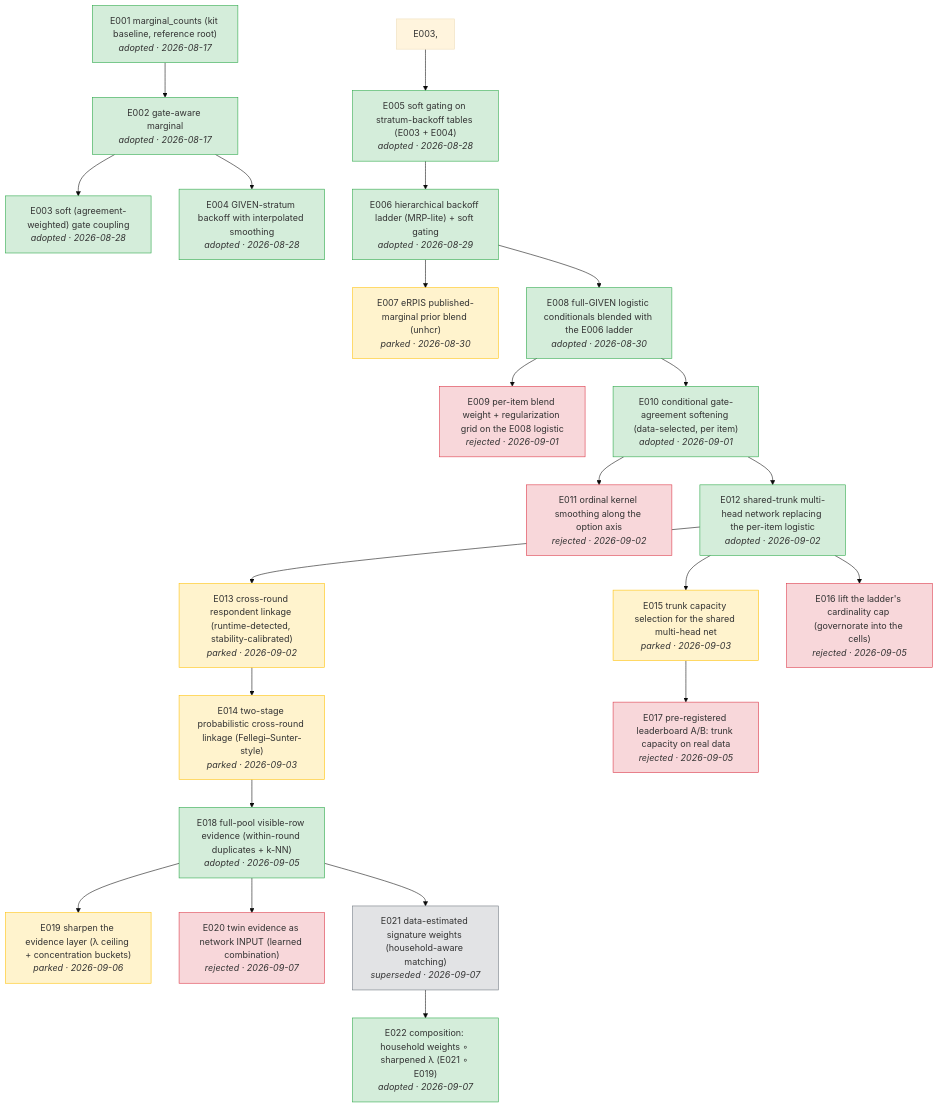
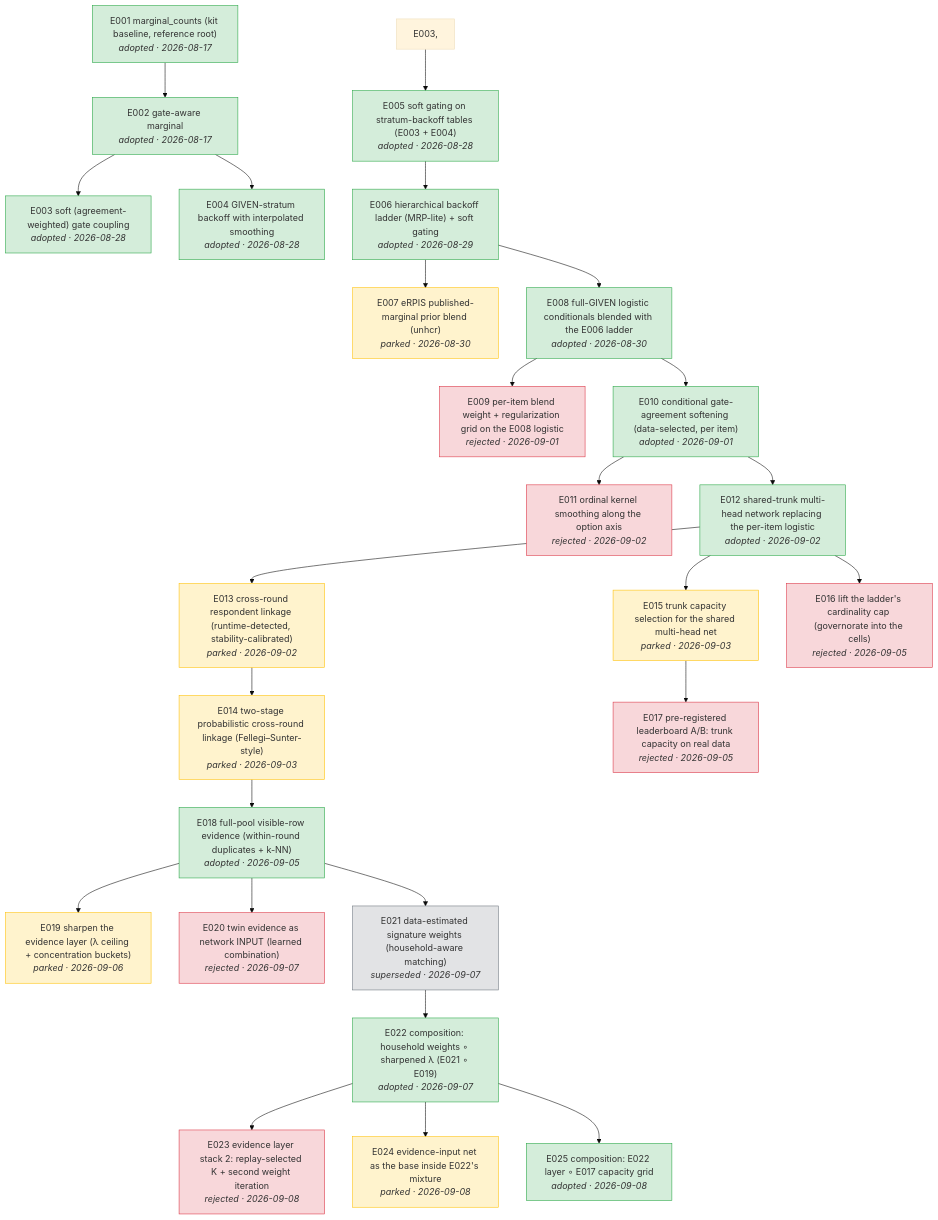
Before and after one commit to joon56/Simulacrabench-NeurIPS-2026-: the diagram in docs/tree.md, drawn with Mermaid (base theme). The commit also changed 9 other files, not shown here.

First line of the commit message:
E024: parked (clean-sandbox harm, no sim upside); E025: E022 layer o E017 capacity grid, submission #13

````diff
--- a/docs/tree.md
+++ b/docs/tree.md
@@ -5,54 +5,60 @@
 ```mermaid
 flowchart TD
     E001["E001 marginal_counts (kit baseline, reference root)<br/><i>adopted · 2026-08-17</i>"]
     E002["E002 gate-aware marginal<br/><i>adopted · 2026-08-17</i>"]
     E001 --> E002
     E003["E003 soft (agreement-weighted) gate coupling<br/><i>adopted · 2026-08-28</i>"]
     E002 --> E003
     E004["E004 GIVEN-stratum backoff with interpolated smoothing<br/><i>adopted · 2026-08-28</i>"]
     E002 --> E004
     E005["E005 soft gating on stratum-backoff tables (E003 + E004)<br/><i>adopted · 2026-08-28</i>"]
     E003, --> E005
     E006["E006 hierarchical backoff ladder (MRP-lite) + soft gating<br/><i>adopted · 2026-08-29</i>"]
     E005 --> E006
     E007["E007 eRPIS published-marginal prior blend (unhcr)<br/><i>parked · 2026-08-30</i>"]
     E006 --> E007
     E008["E008 full-GIVEN logistic conditionals blended with the E006 ladder<br/><i>adopted · 2026-08-30</i>"]
     E006 --> E008
     E009["E009 per-item blend weight + regularization grid on the E008 logistic<br/><i>rejected · 2026-09-01</i>"]
     E008 --> E009
     E010["E010 conditional gate-agreement softening (data-selected, per item)<br/><i>adopted · 2026-09-01</i>"]
     E008 --> E010
     E011["E011 ordinal kernel smoothing along the option axis<br/><i>rejected · 2026-09-02</i>"]
     E010 --> E011
     E012["E012 shared-trunk multi-head network replacing the per-item logistic<br/><i>adopted · 2026-09-02</i>"]
     E010 --> E012
     E013["E013 cross-round respondent linkage (runtime-detected, stability-calibrated)<br/><i>parked · 2026-09-02</i>"]
     E012 --> E013
     E014["E014 two-stage probabilistic cross-round linkage (Fellegi–Sunter-style)<br/><i>parked · 2026-09-03</i>"]
     E013 --> E014
     E015["E015 trunk capacity selection for the shared multi-head net<br/><i>parked · 2026-09-03</i>"]
     E012 --> E015
     E016["E016 lift the ladder's cardinality cap (governorate into the cells)<br/><i>rejected · 2026-09-05</i>"]
     E012 --> E016
     E017["E017 pre-registered leaderboard A/B: trunk capacity on real data<br/><i>rejected · 2026-09-05</i>"]
     E015 --> E017
     E018["E018 full-pool visible-row evidence (within-round duplicates + k-NN)<br/><i>adopted · 2026-09-05</i>"]
     E014 --> E018
     E019["E019 sharpen the evidence layer (λ ceiling + concentration buckets)<br/><i>parked · 2026-09-06</i>"]
     E018 --> E019
     E020["E020 twin evidence as network INPUT (learned combination)<br/><i>rejected · 2026-09-07</i>"]
     E018 --> E020
     E021["E021 data-estimated signature weights (household-aware matching)<br/><i>superseded · 2026-09-07</i>"]
     E018 --> E021
     E022["E022 composition: household weights ∘ sharpened λ (E021 ∘ E019)<br/><i>adopted · 2026-09-07</i>"]
     E021 --> E022
+    E023["E023 evidence layer stack 2: replay-selected K + second weight iteration<br/><i>rejected · 2026-09-08</i>"]
+    E022 --> E023
+    E024["E024 evidence-input net as the base inside E022's mixture<br/><i>parked · 2026-09-08</i>"]
+    E022 --> E024
+    E025["E025 composition: E022 layer ∘ E017 capacity grid<br/><i>adopted · 2026-09-08</i>"]
+    E022 --> E025
     classDef adopted fill:#d4edda,stroke:#28a745
-    class E001,E002,E003,E004,E005,E006,E008,E010,E012,E018,E022 adopted
+    class E001,E002,E003,E004,E005,E006,E008,E010,E012,E018,E022,E025 adopted
     classDef rejected fill:#f8d7da,stroke:#dc3545
-    class E009,E011,E016,E017,E020 rejected
+    class E009,E011,E016,E017,E020,E023 rejected
     classDef parked fill:#fff3cd,stroke:#ffc107
-    class E007,E013,E014,E015,E019 parked
+    class E007,E013,E014,E015,E019,E024 parked
     classDef superseded fill:#e2e3e5,stroke:#6c757d
     class E021 superseded
 ```
````
